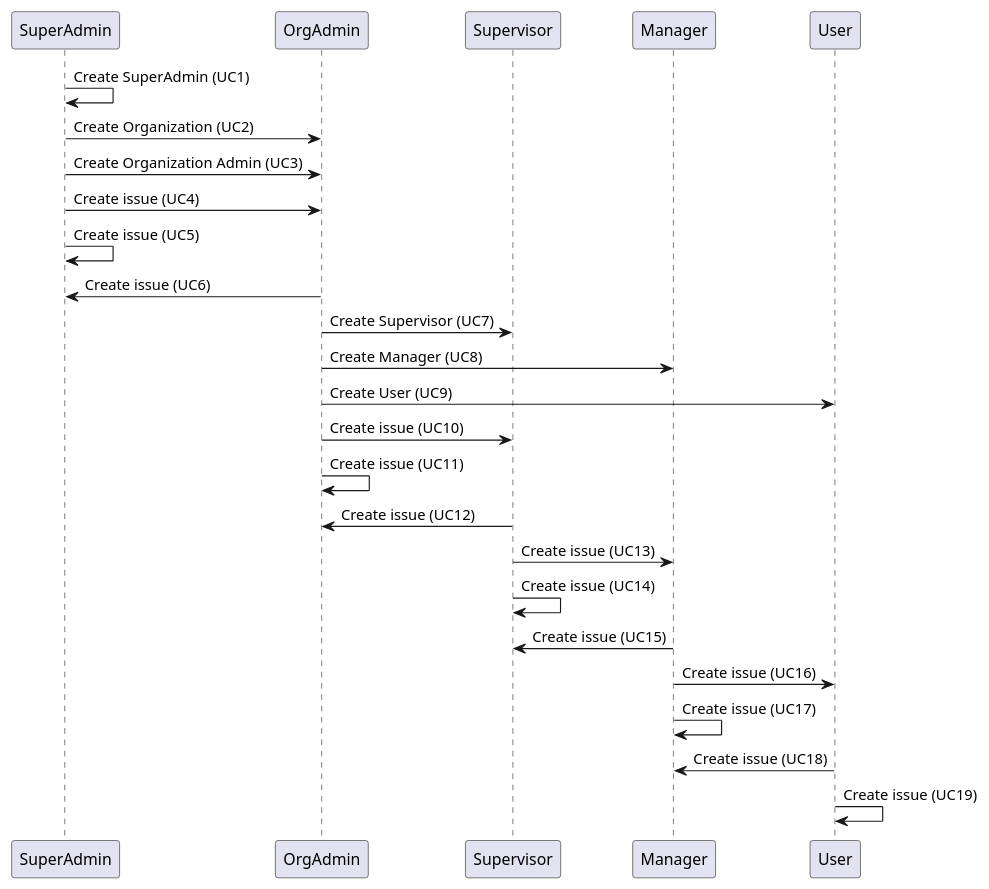
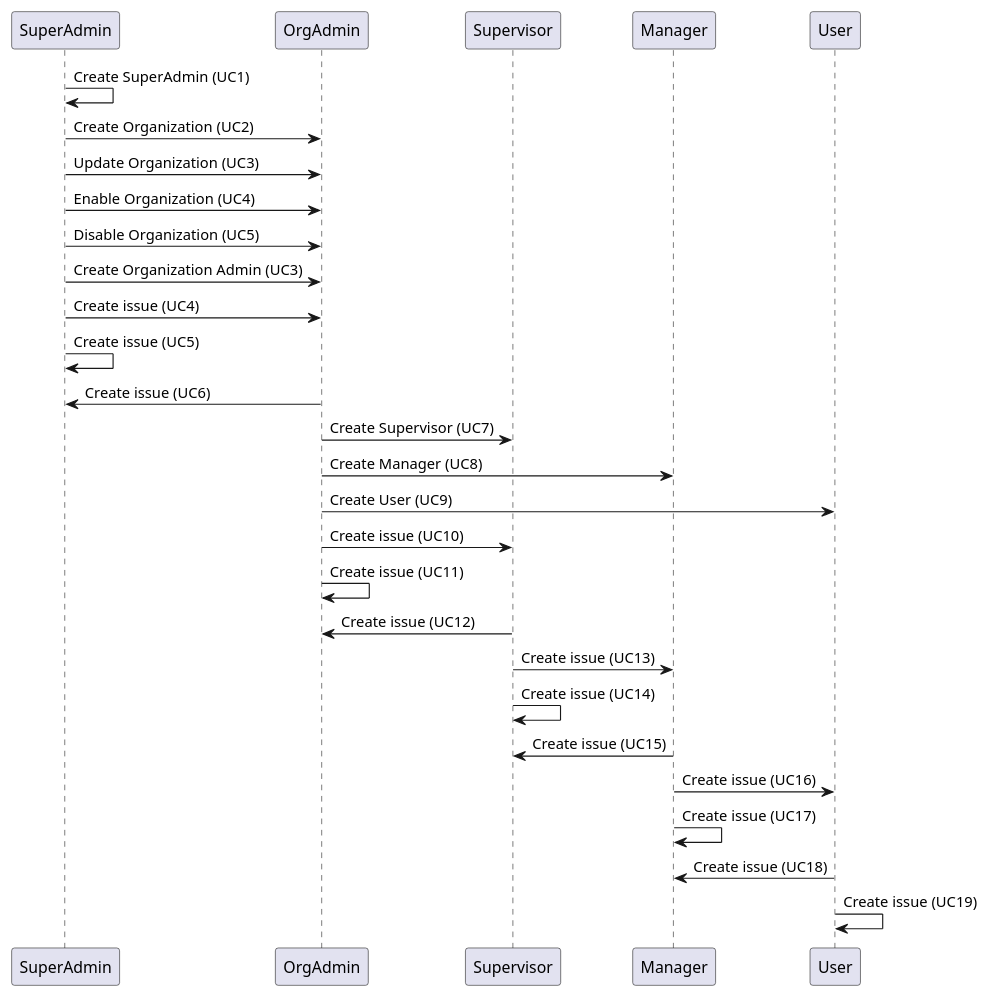
The diagram in documentation/all_usecases.wsd (wawerualbert/CodeHub), drawn with PlantUML before and after one commit.

Commit message:
expand use cases

```diff
--- a/documentation/all_usecases.wsd
+++ b/documentation/all_usecases.wsd
@@ -1,36 +1,41 @@
 @startuml AllUseCases
 
 participant "SuperAdmin" as SuperAdmin
 SuperAdmin -> SuperAdmin:Create SuperAdmin (UC1)
+
 SuperAdmin -> OrgAdmin:Create Organization (UC2)
+SuperAdmin -> OrgAdmin:Update Organization (UC3)
+SuperAdmin -> OrgAdmin:Enable Organization (UC4)
+SuperAdmin -> OrgAdmin:Disable Organization (UC5)
+
 SuperAdmin -> OrgAdmin:Create Organization Admin (UC3)
 SuperAdmin -> OrgAdmin:Create issue (UC4)
 SuperAdmin -> SuperAdmin:Create issue (UC5)
 
 OrgAdmin -> SuperAdmin:Create issue (UC6)
 
 OrgAdmin -> Supervisor:Create Supervisor (UC7)
 OrgAdmin -> Manager:Create Manager (UC8)
 OrgAdmin -> User:Create User (UC9)
 
 OrgAdmin -> Supervisor:Create issue (UC10)
 OrgAdmin -> OrgAdmin:Create issue (UC11)
 
 participant "Supervisor" as Supervisor
 Supervisor -> OrgAdmin:Create issue (UC12)
 Supervisor -> Manager:Create issue (UC13)
 Supervisor -> Supervisor:Create issue (UC14)
 
 
 participant "Manager" as Manager
 Manager -> Supervisor:Create issue (UC15)
 Manager -> User:Create issue (UC16)
 Manager -> Manager:Create issue (UC17)
 
 
 participant "User" as User
 User -> Manager:Create issue (UC18)
 User -> User:Create issue (UC19)
 
 
 @enduml
```
